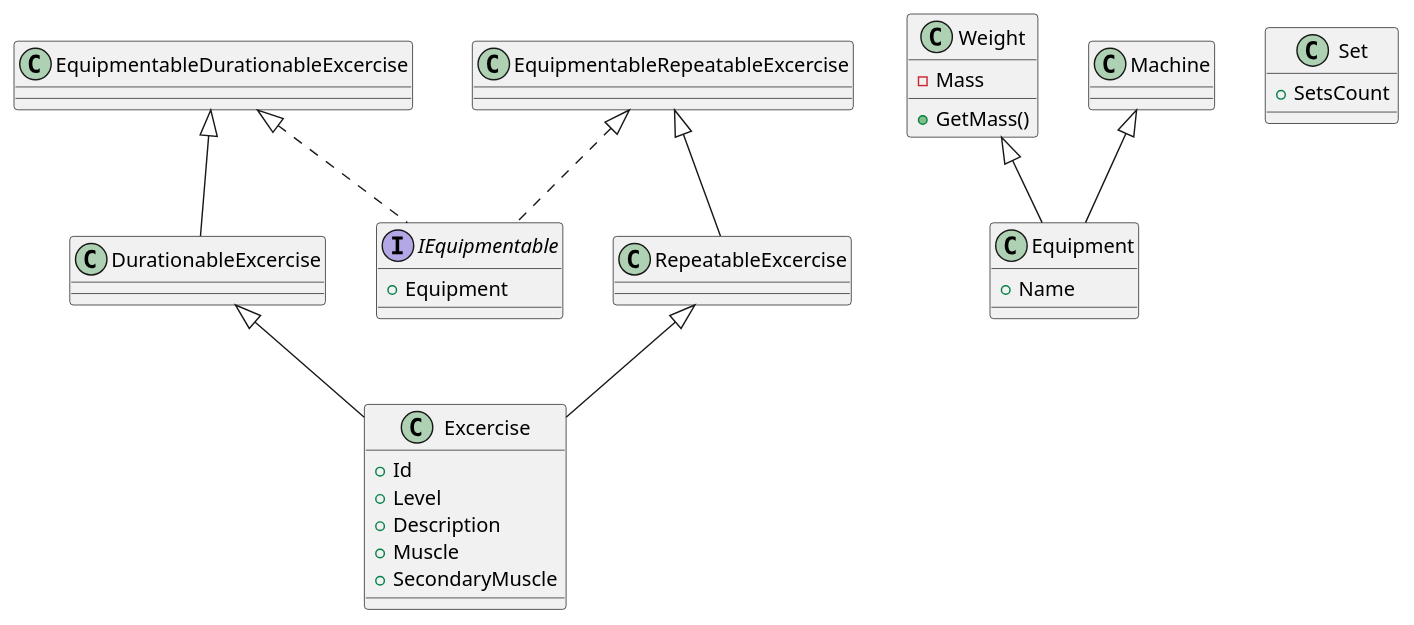
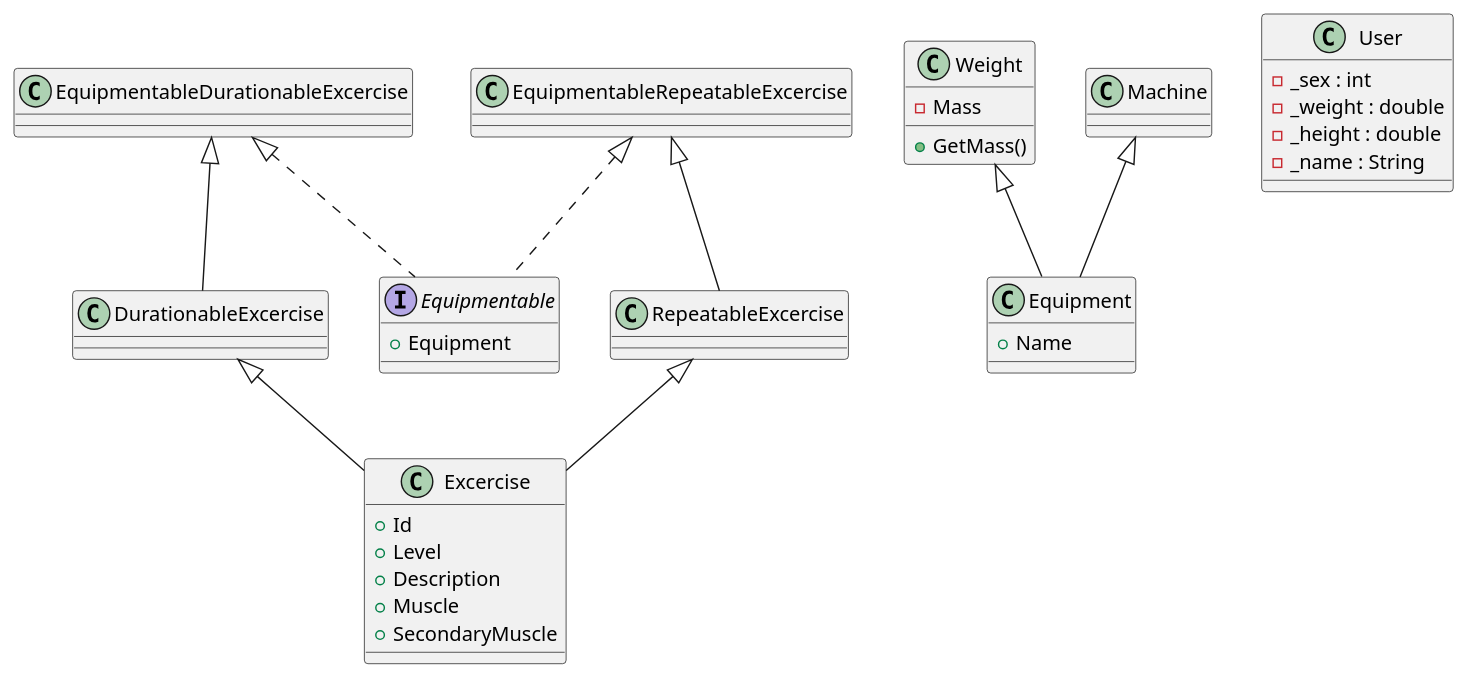
One commit to KATTSS/Workout_planner changed the diagram in entities_diagram.puml. Above: the diagram before and after it, drawn with PlantUML. The commit also changed 2 other files, not shown here.

Commit message:
Feature: add user primary entity, add statistic manager primary logic, edit entities_diagram

```diff
--- a/entities_diagram.puml
+++ b/entities_diagram.puml
@@ -1,59 +1,62 @@
 @startuml BaseEntities
 
 class Excercise {
     + Id 
     + Level
     + Description 
     + Muscle 
     + SecondaryMuscle 
 }
 
-interface IEquipmentable{
+interface Equipmentable{
     + Equipment
 }
 
 class DurationableExcercise{
 
 }
 
 class RepeatableExcercise {
 
 }
 
 class EquipmentableDurationableExcercise {
 
 }
 
 class EquipmentableRepeatableExcercise {
 
 }
 
 class Weight {
     - Mass 
     + GetMass()
 }
 
-class Set{
-    + SetsCount
-}
-
 class Machine{
 }
 
 class Equipment {
     + Name
+}
+
+class User {
+    - _sex : int 
+    - _weight : double 
+    - _height : double 
+    - _name : String 
 }
 
 DurationableExcercise <|-- Excercise
 RepeatableExcercise <|-- Excercise
 
 
 EquipmentableDurationableExcercise <|-- DurationableExcercise
 EquipmentableRepeatableExcercise <|-- RepeatableExcercise
 
-EquipmentableDurationableExcercise <|.. IEquipmentable
-EquipmentableRepeatableExcercise <|.. IEquipmentable
+EquipmentableDurationableExcercise <|.. Equipmentable
+EquipmentableRepeatableExcercise <|.. Equipmentable
 
 Machine <|-- Equipment
 Weight <|-- Equipment
 @enduml 
```
